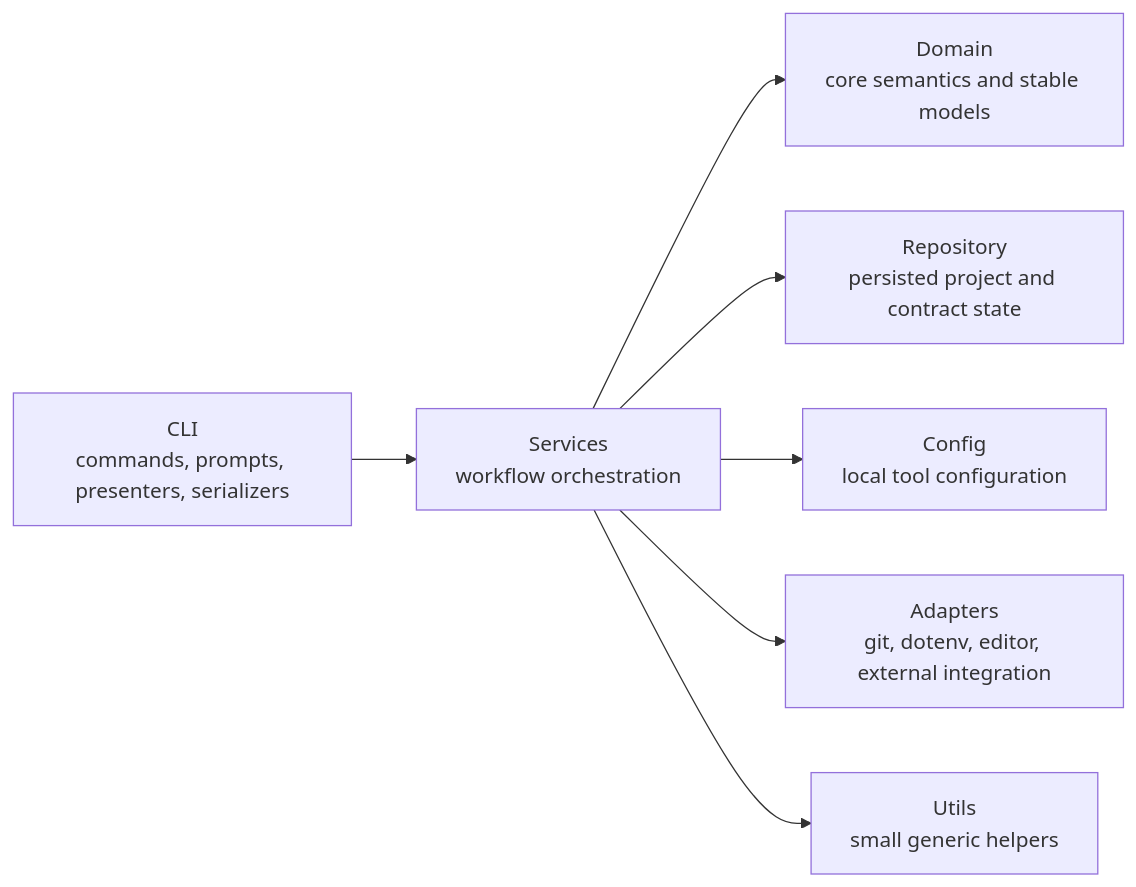
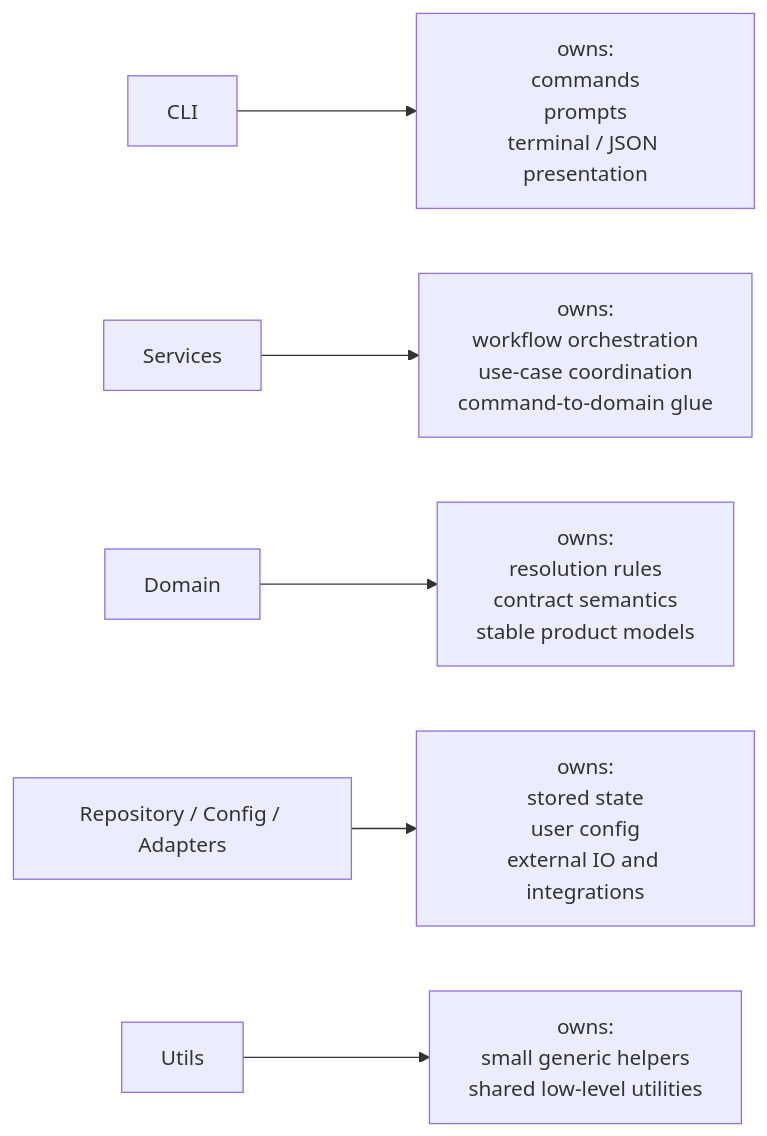
One commit to labrynx/envctl changed the second of 3 diagrams in docs/internals/architecture.md. Above: the diagram before and after it, drawn with Mermaid. The commit also changed other lines of this file and 78 other files, not shown here.

````diff
--- a/docs/internals/architecture.md
+++ b/docs/internals/architecture.md
@@ -59,17 +47,23 @@
 ```mermaid
 flowchart LR
-    CLI[CLI<br/>commands, prompts, presenters, serializers]
-    SERVICES[Services<br/>workflow orchestration]
-    DOMAIN[Domain<br/>core semantics and stable models]
-    REPOSITORY[Repository<br/>persisted project and contract state]
-    CONFIG[Config<br/>local tool configuration]
-    ADAPTERS[Adapters<br/>git, dotenv, editor, external integration]
-    UTILS[Utils<br/>small generic helpers]
+    CLI["CLI"]
+    CLI_OWNS["owns:<br/>commands<br/>prompts<br/>terminal / JSON presentation"]
 
-    CLI --> SERVICES
-    SERVICES --> DOMAIN
-    SERVICES --> REPOSITORY
-    SERVICES --> CONFIG
-    SERVICES --> ADAPTERS
-    SERVICES --> UTILS
+    SERVICES["Services"]
+    SERVICES_OWNS["owns:<br/>workflow orchestration<br/>use-case coordination<br/>command-to-domain glue"]
+
+    DOMAIN["Domain"]
+    DOMAIN_OWNS["owns:<br/>resolution rules<br/>contract semantics<br/>stable product models"]
+
+    INFRA["Repository / Config / Adapters"]
+    INFRA_OWNS["owns:<br/>stored state<br/>user config<br/>external IO and integrations"]
+
+    UTILS["Utils"]
+    UTILS_OWNS["owns:<br/>small generic helpers<br/>shared low-level utilities"]
+
+    CLI --> CLI_OWNS
+    SERVICES --> SERVICES_OWNS
+    DOMAIN --> DOMAIN_OWNS
+    INFRA --> INFRA_OWNS
+    UTILS --> UTILS_OWNS
 ```
````
